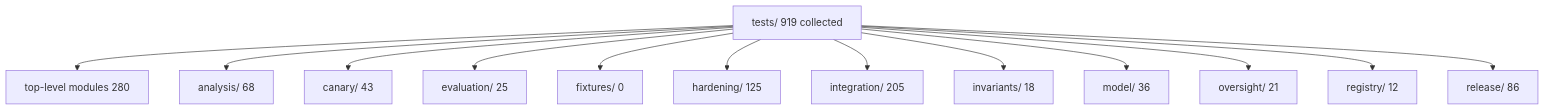
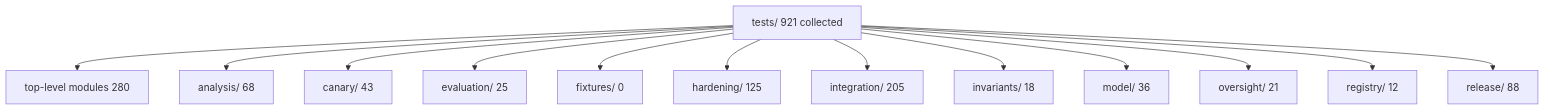
The diagram in tests/README.md (docxology/red_line), drawn with Mermaid before and after one commit. The commit also changed other lines of this file and 5 other files, not shown here.

````diff
--- a/tests/README.md
+++ b/tests/README.md
@@ -7,28 +7,28 @@
 ```mermaid
 flowchart TD
-  root["tests/ 919 collected"]
+  root["tests/ 921 collected"]
   top["top-level modules 280"]
   analysis["analysis/ 68"]
   canary["canary/ 43"]
   evaluation["evaluation/ 25"]
   fixtures["fixtures/ 0"]
   hardening["hardening/ 125"]
   integration["integration/ 205"]
   invariants["invariants/ 18"]
   model["model/ 36"]
   oversight["oversight/ 21"]
   registry["registry/ 12"]
-  release["release/ 86"]
+  release["release/ 88"]
   root --> top
   root --> analysis
   root --> canary
   root --> evaluation
   root --> fixtures
   root --> hardening
   root --> integration
   root --> invariants
   root --> model
   root --> oversight
   root --> registry
   root --> release
 ```
````
